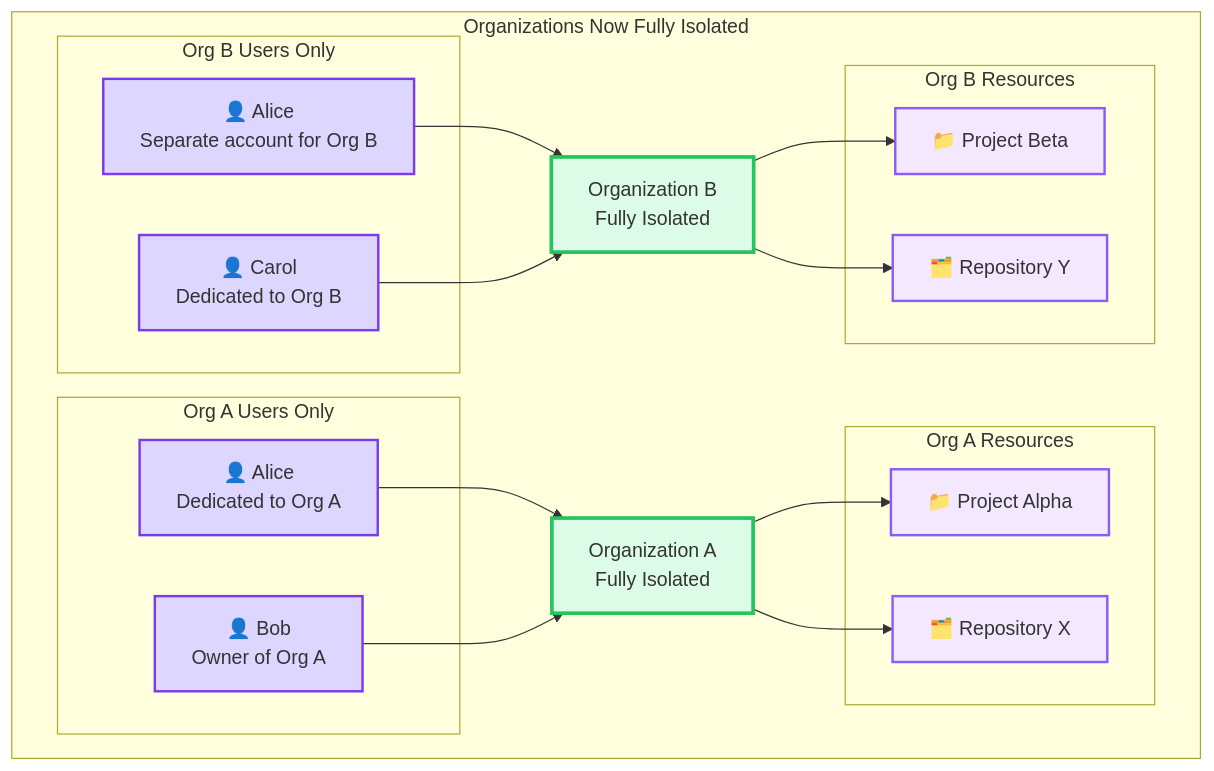
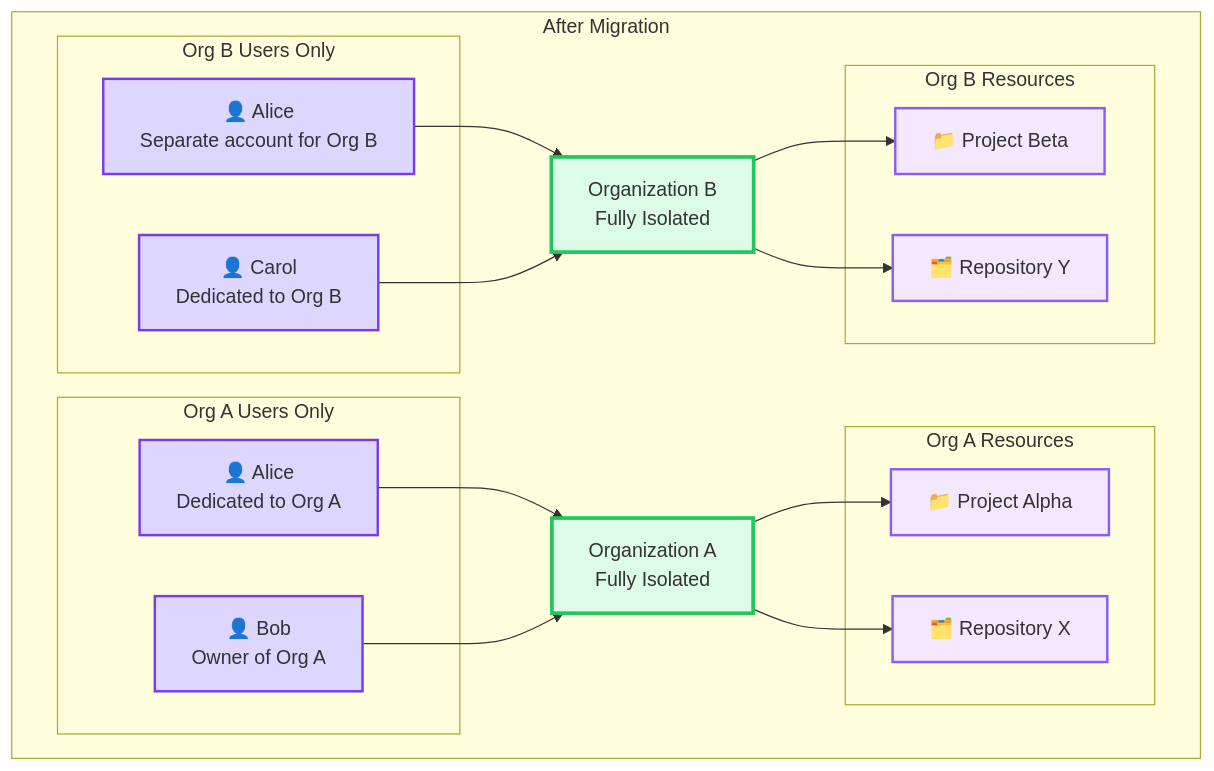
The seventh of 9 diagrams in content/handbook/engineering/architecture/design-documents/organization/isolation_compliance_framework.md (zalyoung/gitlab-handbook), drawn with Mermaid before and after one commit. The commit also changed other lines of this file, not shown here.

Commit message:
Change diagram titles to format better

````diff
--- a/content/handbook/engineering/architecture/design-documents/organization/isolation_compliance_framework.md
+++ b/content/handbook/engineering/architecture/design-documents/organization/isolation_compliance_framework.md
@@ -557,46 +557,46 @@
 ```mermaid
 graph TD
-    subgraph "Organizations Now Fully Isolated"
+    subgraph "After Migration"
         ORG1["Organization A<br/>Fully Isolated"]
         ORG2["Organization B<br/>Fully Isolated"]
 
         subgraph "Org A Users Only"
             USER1_A[👤 Alice<br/>Dedicated to Org A]
             USER2_A[👤 Bob<br/>Owner of Org A]
         end
 
         subgraph "Org B Users Only"
             USER1_B[👤 Alice<br/>Separate account for Org B]
             USER3_B[👤 Carol<br/>Dedicated to Org B]
         end
 
         subgraph "Org A Resources"
             PROJ1[📁 Project Alpha]
             REPO1[🗂️ Repository X]
         end
 
         subgraph "Org B Resources"
             PROJ2[📁 Project Beta]
             REPO2[🗂️ Repository Y]
         end
     end
 
     %% Clean isolated connections
     USER1_A --> ORG1
     USER2_A --> ORG1
     USER1_B --> ORG2
     USER3_B --> ORG2
 
     ORG1 --> PROJ1
     ORG1 --> REPO1
     ORG2 --> PROJ2
     ORG2 --> REPO2
 
     classDef org_isolated fill:#dcfce7,stroke:#22c55e,stroke-width:3px
     classDef user fill:#ddd6fe,stroke:#7c3aed,stroke-width:2px
     classDef resource fill:#f3e8ff,stroke:#8b5cf6,stroke-width:2px
 
     class ORG1,ORG2 org_isolated
     class USER1_A,USER1_B,USER2_A,USER3_B user
     class PROJ1,PROJ2,REPO1,REPO2 resource
 ```
````
